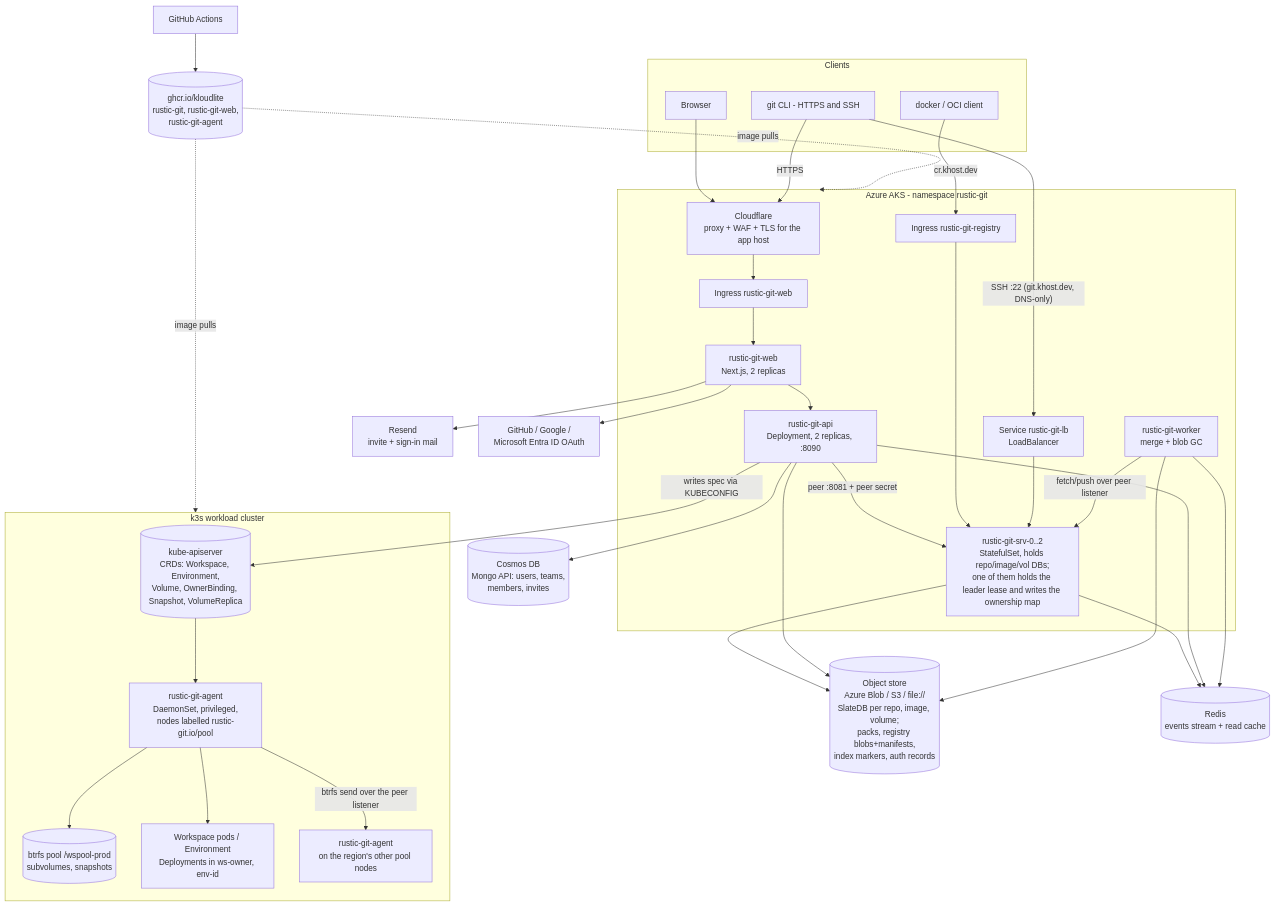
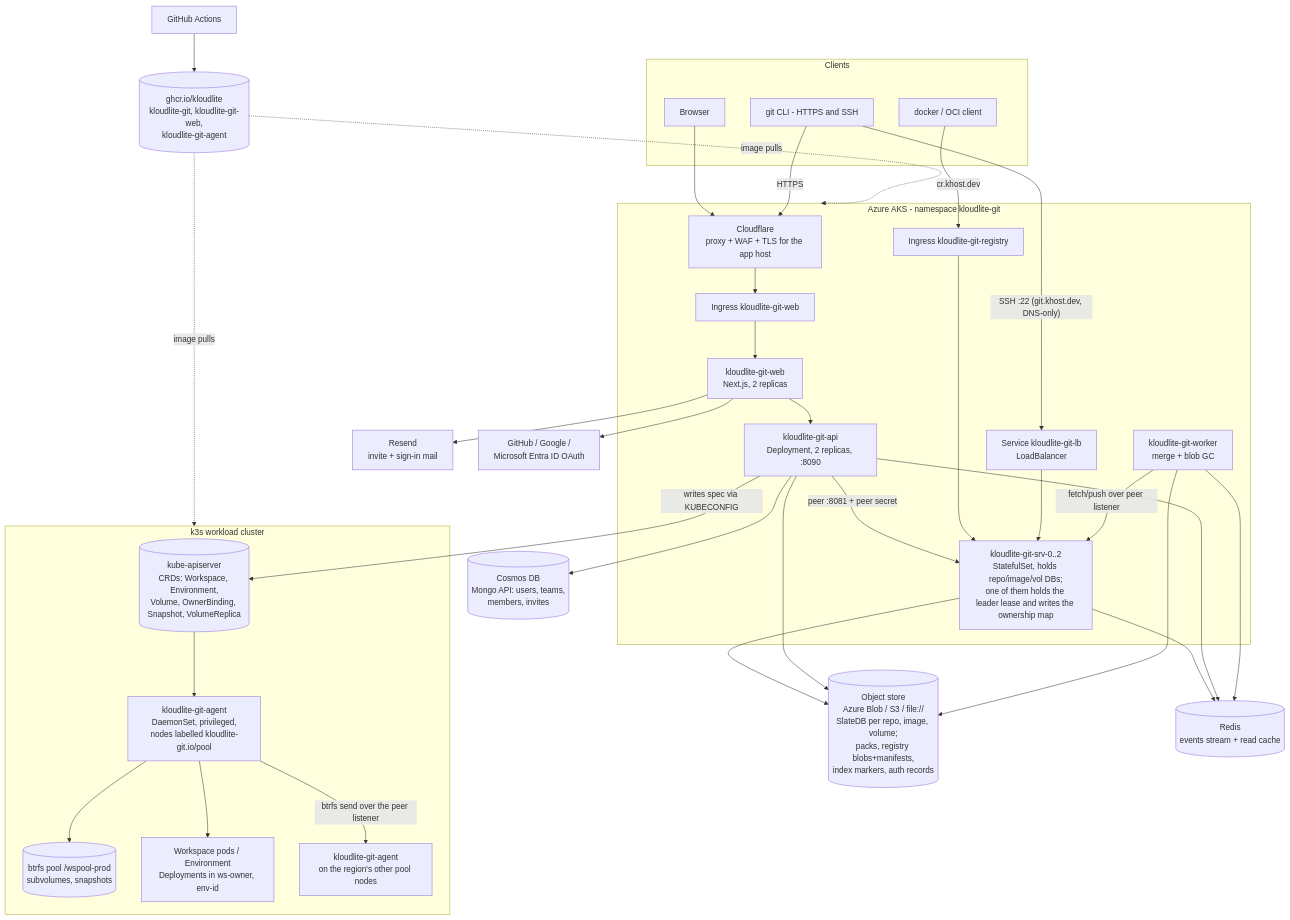
One commit to kloudlite/rustic-git changed the diagram in README.md. Above: the diagram before and after it, drawn with Mermaid. The commit also changed other lines of this file and 365 other files, not shown here.

Commit message:
Rename rustic-git to kloudlite-git everywhere

````diff
--- a/README.md
+++ b/README.md
@@ -14,61 +14,61 @@
 ```mermaid
 flowchart TB
   subgraph clients[Clients]
     U[Browser]
     G[git CLI - HTTPS and SSH]
     D[docker / OCI client]
   end
 
   CF[Cloudflare<br/>proxy + WAF + TLS for the app host]
   U --> CF
   G -- HTTPS --> CF
-  G -- "SSH :22 (git.khost.dev, DNS-only)" --> LB[Service rustic-git-lb<br/>LoadBalancer]
+  G -- "SSH :22 (git.khost.dev, DNS-only)" --> LB[Service kloudlite-git-lb<br/>LoadBalancer]
   D -- "cr.khost.dev" --> INGR
 
-  subgraph aks[Azure AKS - namespace rustic-git]
-    CF --> INGW[Ingress rustic-git-web]
-    INGR[Ingress rustic-git-registry]
-    INGW --> WEB[rustic-git-web<br/>Next.js, 2 replicas]
-    WEB --> API[rustic-git-api<br/>Deployment, 2 replicas, :8090]
+  subgraph aks[Azure AKS - namespace kloudlite-git]
+    CF --> INGW[Ingress kloudlite-git-web]
+    INGR[Ingress kloudlite-git-registry]
+    INGW --> WEB[kloudlite-git-web<br/>Next.js, 2 replicas]
+    WEB --> API[kloudlite-git-api<br/>Deployment, 2 replicas, :8090]
     API -- "peer :8081 + peer secret" --> SRV
     INGR --> SRV
     LB --> SRV
-    SRV[rustic-git-srv-0..2<br/>StatefulSet, holds repo/image/vol DBs;<br/>one of them holds the leader lease and writes the ownership map]
-    WRK[rustic-git-worker<br/>merge + blob GC]
+    SRV[kloudlite-git-srv-0..2<br/>StatefulSet, holds repo/image/vol DBs;<br/>one of them holds the leader lease and writes the ownership map]
+    WRK[kloudlite-git-worker<br/>merge + blob GC]
     WRK -- "fetch/push over peer listener" --> SRV
   end
 
   subgraph k3s[k3s workload cluster]
     APIS[(kube-apiserver<br/>CRDs: Workspace, Environment,<br/>Volume, OwnerBinding, Snapshot, VolumeReplica)]
-    AG[rustic-git-agent<br/>DaemonSet, privileged,<br/>nodes labelled rustic-git.io/pool]
+    AG[kloudlite-git-agent<br/>DaemonSet, privileged,<br/>nodes labelled kloudlite-git.io/pool]
     POOL[(btrfs pool /wspool-prod<br/>subvolumes, snapshots)]
     PODS[Workspace pods / Environment<br/>Deployments in ws-owner, env-id]
     APIS --> AG
     AG --> POOL
     AG --> PODS
-    AG -- "btrfs send over the peer listener" --> AG2[rustic-git-agent<br/>on the region's other pool nodes]
+    AG -- "btrfs send over the peer listener" --> AG2[kloudlite-git-agent<br/>on the region's other pool nodes]
   end
 
   API -- "writes spec via KUBECONFIG" --> APIS
 
   OS[(Object store<br/>Azure Blob / S3 / file://<br/>SlateDB per repo, image, volume;<br/>packs, registry blobs+manifests,<br/>index markers, auth records)]
   COS[(Cosmos DB<br/>Mongo API: users, teams,<br/>members, invites)]
   RED[(Redis<br/>events stream + read cache)]
 
   SRV --> OS
   API --> OS
   WRK --> OS
   SRV --> RED
   API --> RED
   WRK --> RED
   API --> COS
 
   RES[Resend<br/>invite + sign-in mail]
   OAUTH[GitHub / Google /<br/>Microsoft Entra ID OAuth]
   WEB --> RES
   WEB --> OAUTH
 
-  GH[GitHub Actions] --> GHCR[(ghcr.io/kloudlite<br/>rustic-git, rustic-git-web,<br/>rustic-git-agent)]
+  GH[GitHub Actions] --> GHCR[(ghcr.io/kloudlite<br/>kloudlite-git, kloudlite-git-web,<br/>kloudlite-git-agent)]
   GHCR -.image pulls.-> aks
   GHCR -.image pulls.-> k3s
 ```
````
